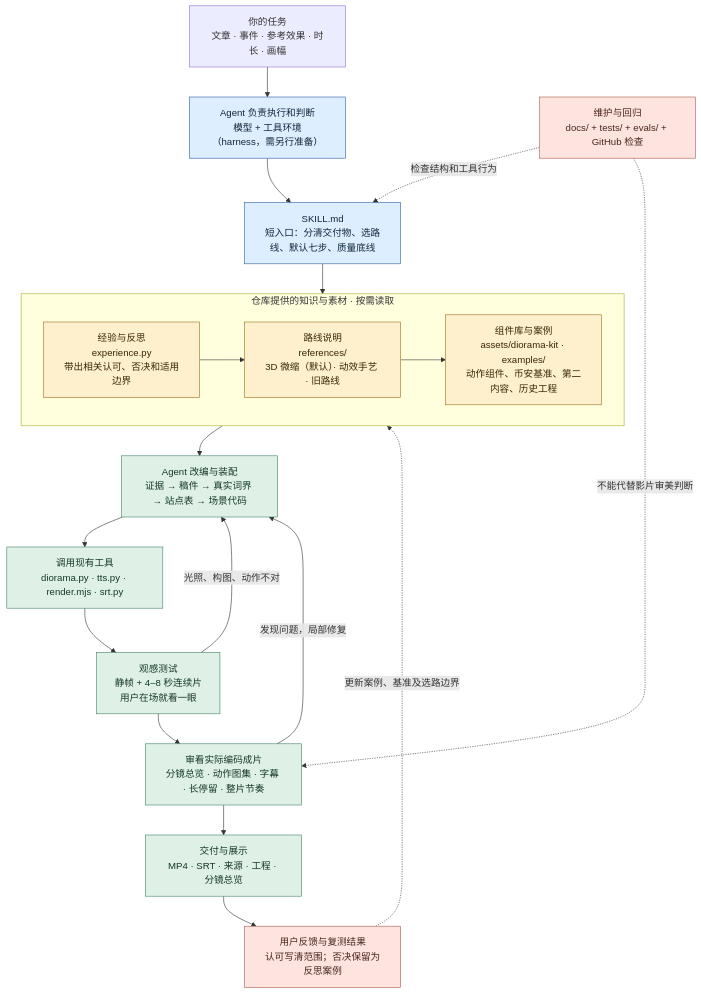
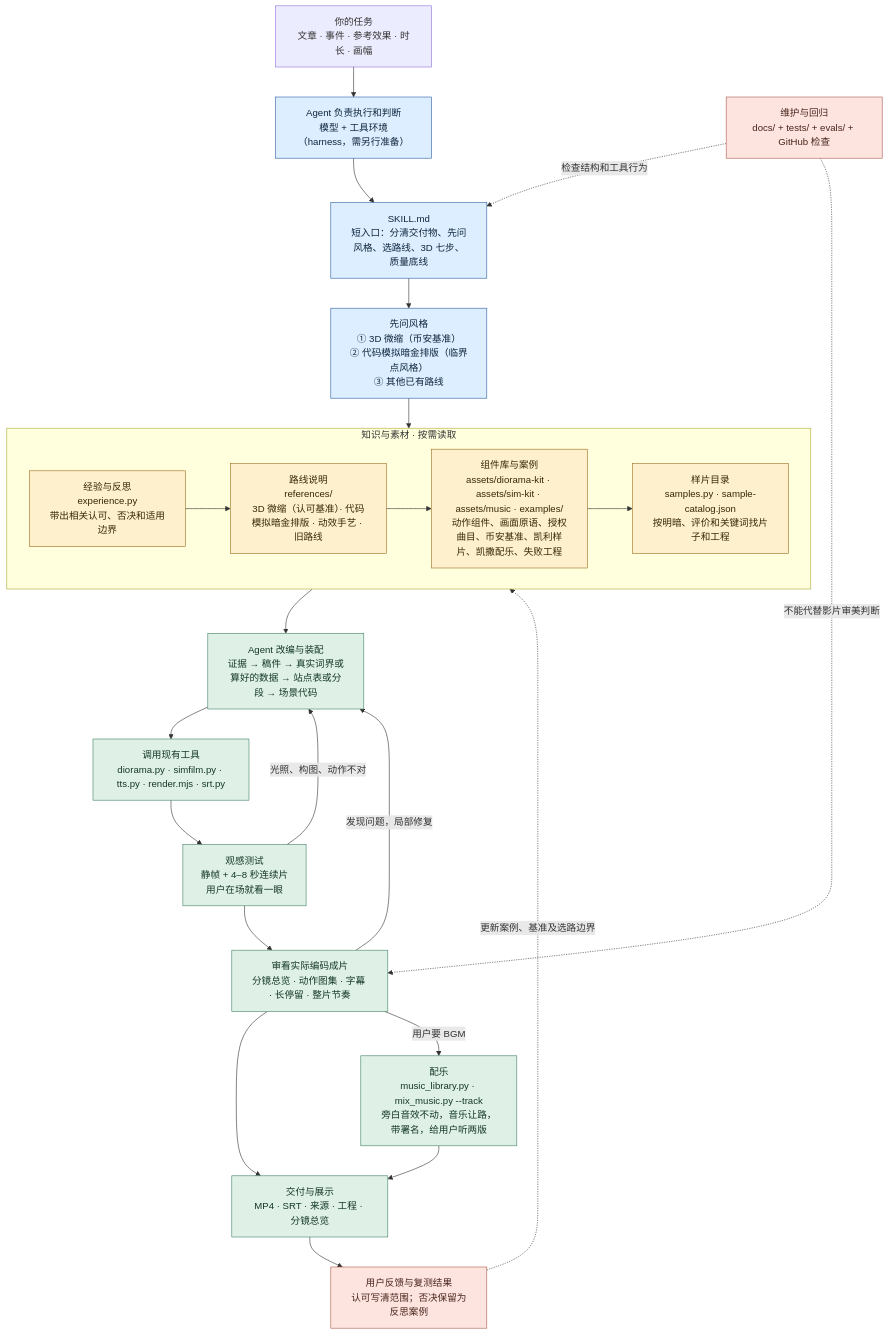
One commit to ninglinLiu/script-to-video-skill changed the diagram in docs/architecture.mmd. Above: the diagram before and after it, drawn with Mermaid. The commit also changed 720 other files, not shown here.

```diff
--- a/docs/architecture.mmd
+++ b/docs/architecture.mmd
@@ -1,33 +1,37 @@
 flowchart TB
     U["你的任务<br/>文章 · 事件 · 参考效果 · 时长 · 画幅"] --> A["Agent 负责执行和判断<br/>模型 + 工具环境（harness，需另行准备）"]
-    A --> E["SKILL.md<br/>短入口：分清交付物、选路线、默认七步、质量底线"]
+    A --> E["SKILL.md<br/>短入口：分清交付物、先问风格、选路线、3D 七步、质量底线"]
 
-    subgraph LIB["仓库提供的知识与素材 · 按需读取"]
+    subgraph LIB["知识与素材 · 按需读取"]
         direction LR
         X["经验与反思<br/>experience.py<br/>带出相关认可、否决和适用边界"]
-        R["路线说明<br/>references/<br/>3D 微缩（默认）· 动效手艺 · 旧路线"]
-        M["组件库与案例<br/>assets/diorama-kit · examples/<br/>动作组件、币安基准、第二内容、历史工程"]
-        X --> R --> M
+        R["路线说明<br/>references/<br/>3D 微缩（认可基准）· 代码模拟暗金排版 · 动效手艺 · 旧路线"]
+        M["组件库与案例<br/>assets/diorama-kit · assets/sim-kit · assets/music · examples/<br/>动作组件、画面原语、授权曲目、币安基准、凯利样片、凯撒配乐、失败工程"]
+        Y["样片目录<br/>samples.py · sample-catalog.json<br/>按明暗、评价和关键词找片子和工程"]
+        X --> R --> M --> Y
     end
-    E --> X
-    M --> P["Agent 改编与装配<br/>证据 → 稿件 → 真实词界 → 站点表 → 场景代码"]
-    P --> T["调用现有工具<br/>diorama.py · tts.py · render.mjs · srt.py"]
+    E --> V["先问风格<br/>① 3D 微缩（币安基准）<br/>② 代码模拟暗金排版（临界点风格）<br/>③ 其他已有路线"]
+    V --> X
+    M --> P["Agent 改编与装配<br/>证据 → 稿件 → 真实词界或算好的数据 → 站点表或分段 → 场景代码"]
+    P --> T["调用现有工具<br/>diorama.py · simfilm.py · tts.py · render.mjs · srt.py"]
     T --> G["观感测试<br/>静帧 + 4–8 秒连续片<br/>用户在场就看一眼"]
     G -->|光照、构图、动作不对| P
     G --> Q["审看实际编码成片<br/>分镜总览 · 动作图集 · 字幕 · 长停留 · 整片节奏"]
     Q -->|发现问题，局部修复| P
     Q --> O["交付与展示<br/>MP4 · SRT · 来源 · 工程 · 分镜总览"]
+    Q -->|用户要 BGM| B["配乐<br/>music_library.py · mix_music.py --track<br/>旁白音效不动，音乐让路，带署名，给用户听两版"]
+    B --> O
     O --> F["用户反馈与复测结果<br/>认可写清范围；否决保留为反思案例"]
     F -.更新案例、基准及选路边界.-> X
 
     C["维护与回归<br/>docs/ + tests/ + evals/ + GitHub 检查"] -.检查结构和工具行为.-> E
     C -.不能代替影片审美判断.-> Q
 
     classDef entry fill:#dceeff,stroke:#3161a3,color:#10263d;
     classDef library fill:#fff0cd,stroke:#9a7020,color:#362706;
     classDef production fill:#dff1e7,stroke:#438366,color:#143728;
     classDef feedback fill:#fde4df,stroke:#ad5d4d,color:#49251c;
-    class A,E entry;
-    class X,R,M library;
-    class P,T,G,Q,O production;
+    class A,E,V entry;
+    class X,R,M,Y library;
+    class P,T,G,Q,B,O production;
     class F,C feedback;
```
